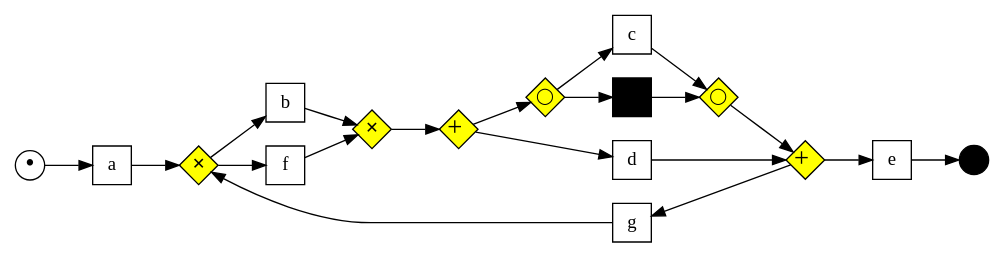
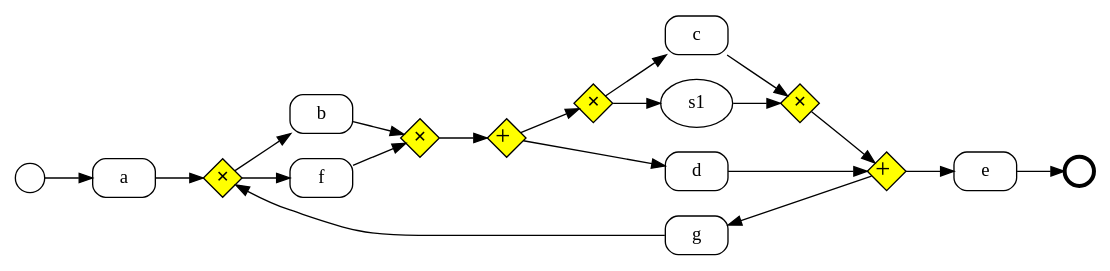
The diagram in PracaInzynierskaTex/examples/v45a7c1000l14.csv_run-1366_21_3_6_143708_2144_563150/graph.gv (psm8/automated-business-process-discovery), drawn with Graphviz before and after one commit. The commit also changed 28 other files, not shown here.

```diff
--- a/PracaInzynierskaTex/examples/v45a7c1000l14.csv_run-1366_21_3_6_143708_2144_563150/graph.gv
+++ b/PracaInzynierskaTex/examples/v45a7c1000l14.csv_run-1366_21_3_6_143708_2144_563150/graph.gv
@@ -1,47 +1,46 @@
 digraph G {
   rankdir=LR;
+
   subgraph place {
     node [shape=circle,fixedsize=true,label="",height=.3,width=.3];
-    in [label="&bull;", fontsize=20];
-    out [style=filled,fillcolor=black];
+    in;
+    out[penwidth=3];
   }
   subgraph xorgate {
     node [shape=diamond,fixedsize=true,width=.4,height=.4,label=<&#x2715;>,fontsize=12,style=filled,fillcolor=yellow]
-    x1; x2;
+    x1; x2;     o1; o2;
   }
   subgraph andgate {
     node [shape=diamond,fixedsize=true,width=.4,height=.4 label=<&#43;>,fontsize=20,style=filled,fillcolor=yellow]
     a1; a2;
   }
   subgraph optgate {
     node [shape=diamond,fixedsize=true,width=.4,height=.4,label=<&#9711;>,fontsize=12,style=filled,fillcolor=yellow]
-    o1; o2;
   }
   subgraph transitions {
-    node [shape=rect,height=0.4,width=.4];
+    node [shape=Mrecord,height=0.4,width=.65];
     a; b; c; d; e; f; g;
   }
   subgraph skip {
     node [shape=rect,label="",height=0.4,width=.4,style=filled,fillcolor=black];
-    s1;
   }
 
   # align horizontally
   {edge [weight=1]; a;g;e}
 
   in->a->x1;
   x1->f->x2;
   x1->b->x2;
   x2->a1;
   a1->o1;
   o2->a2;
   a1->d->a2;
   o1->c->o2;
   o1->s1->o2;
   a2->e;
   a2->g->x1
   e->out;
   # align vertically
-  {rank=same; d;c,s1,g}
+  {rank=same; d;c,g}
   {rank=same; b;f}
 }
```
